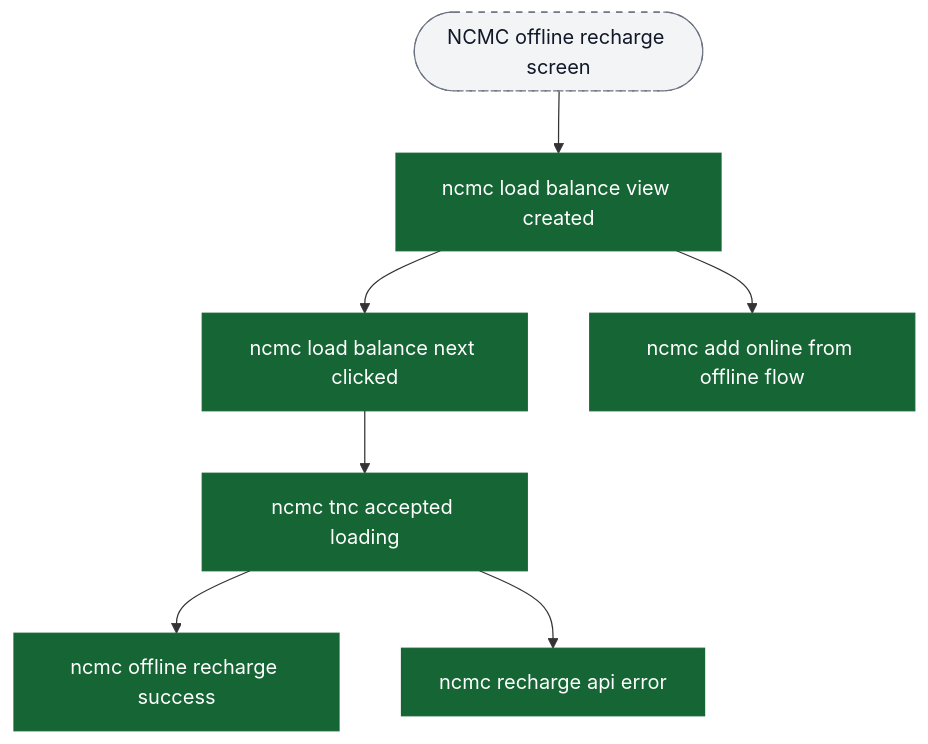
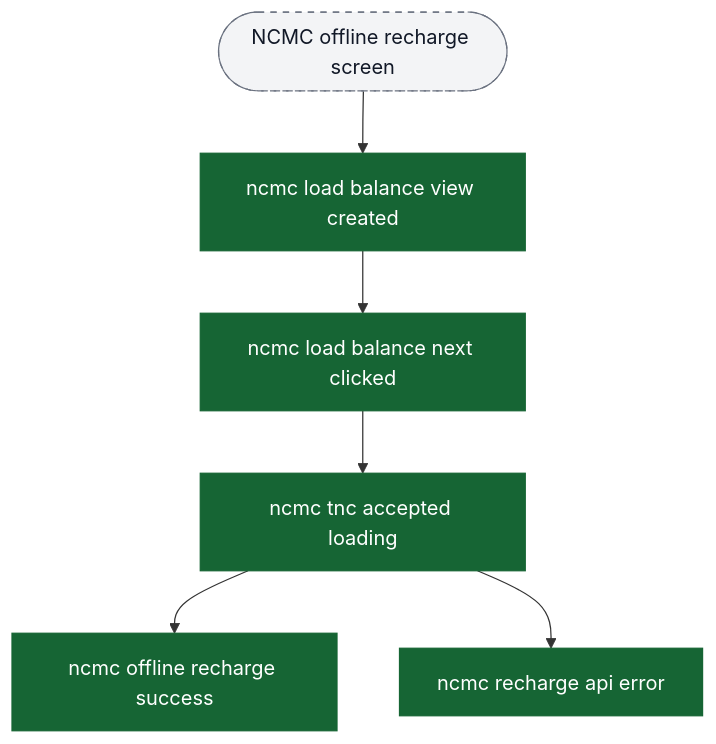
The eighth of 12 diagrams in content/analytics/card/flow-diagrams.md (ratulsarna/chalo-app-dashboard), drawn with Mermaid before and after one commit. The commit also changed other lines of this file and 2 other files, not shown here.

````diff
--- a/content/analytics/card/flow-diagrams.md
+++ b/content/analytics/card/flow-diagrams.md
@@ -193,17 +190,15 @@
 ```mermaid
 flowchart TD
   ui_ncmcOffline([NCMC offline recharge screen]) --> ev_viewCreated["ncmc load balance view created"]
   ev_viewCreated --> ev_nextClicked["ncmc load balance next clicked"]
 
   ev_nextClicked --> ev_tncAccepted["ncmc tnc accepted loading"]
   ev_tncAccepted --> ev_offlineSuccess["ncmc offline recharge success"]
   ev_tncAccepted --> ev_apiError["ncmc recharge api error"]
 
-  ev_viewCreated --> ev_addOnline["ncmc add online from offline flow"]
-
   classDef event fill:#166534,stroke:#166534,color:#ffffff;
   classDef ui fill:#f3f4f6,stroke:#6b7280,stroke-dasharray: 5 5,color:#111827;
 
-  class ev_viewCreated,ev_nextClicked,ev_tncAccepted,ev_offlineSuccess,ev_apiError,ev_addOnline event;
+  class ev_viewCreated,ev_nextClicked,ev_tncAccepted,ev_offlineSuccess,ev_apiError event;
   class ui_ncmcOffline ui;
 ```
````
